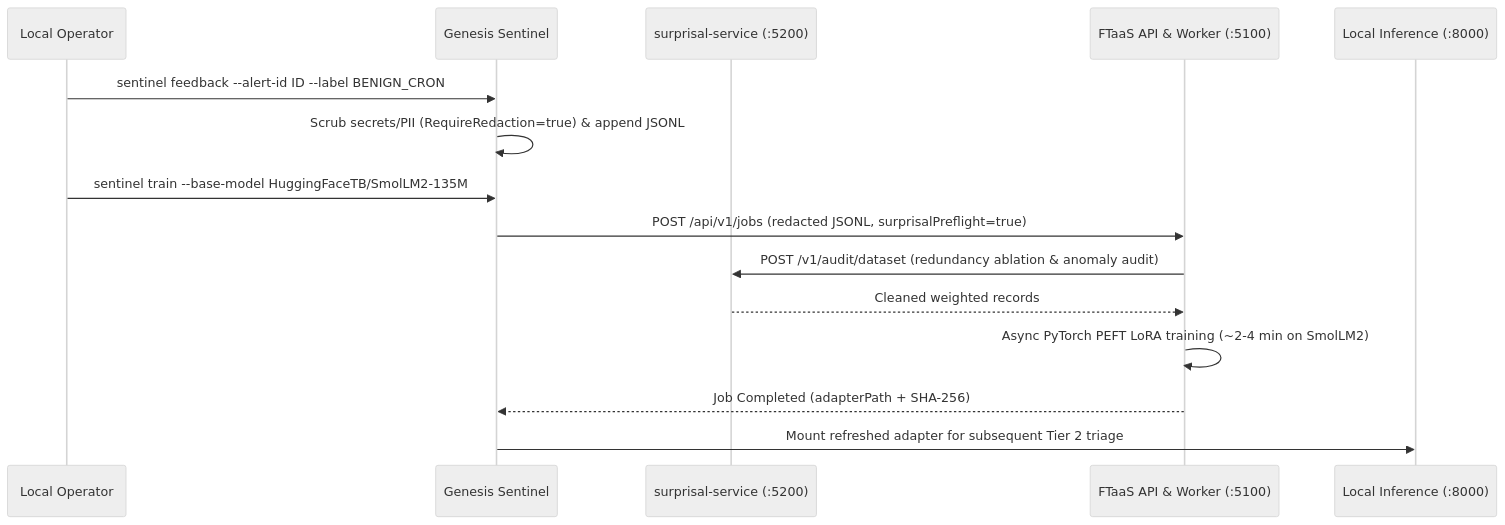
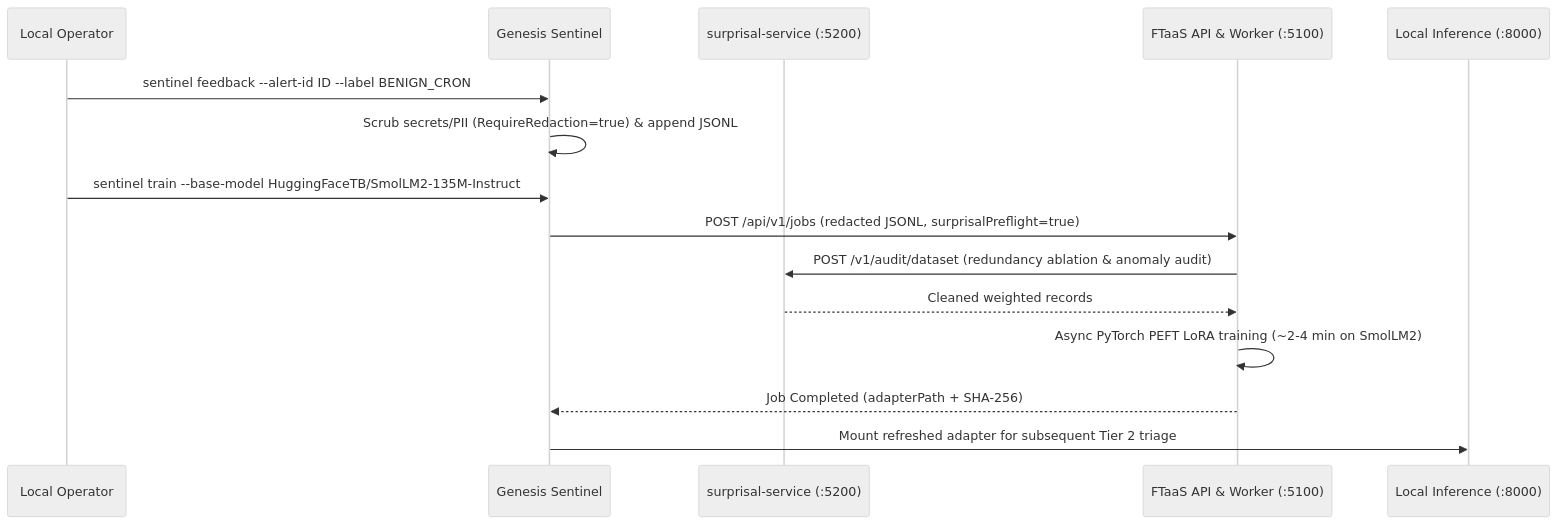
The second of 2 diagrams in docs/ARCHITECTURE.md (knowthankyew/genesis-sentinel), drawn with Mermaid (neutral theme) before and after one commit. The commit also changed other lines of this file and 11 other files, not shown here.

Commit message:
docs: lock in SmolLM2-Instruct, in-process surprisal, and transparent Pillar 1 disk variance

````diff
--- a/docs/ARCHITECTURE.md
+++ b/docs/ARCHITECTURE.md
@@ -74,18 +74,18 @@
 ```mermaid
 sequenceDiagram
     participant Op as Local Operator
     participant Sent as Genesis Sentinel
     participant Surp as surprisal-service (:5200)
     participant FTaaS as FTaaS API & Worker (:5100)
     participant Inf as Local Inference (:8000)
 
     Op->>Sent: sentinel feedback --alert-id ID --label BENIGN_CRON
     Sent->>Sent: Scrub secrets/PII (RequireRedaction=true) & append JSONL
-    Op->>Sent: sentinel train --base-model HuggingFaceTB/SmolLM2-135M
+    Op->>Sent: sentinel train --base-model HuggingFaceTB/SmolLM2-135M-Instruct
     Sent->>FTaaS: POST /api/v1/jobs (redacted JSONL, surprisalPreflight=true)
     FTaaS->>Surp: POST /v1/audit/dataset (redundancy ablation & anomaly audit)
     Surp-->>FTaaS: Cleaned weighted records
     FTaaS->>FTaaS: Async PyTorch PEFT LoRA training (~2-4 min on SmolLM2)
     FTaaS-->>Sent: Job Completed (adapterPath + SHA-256)
     Sent->>Inf: Mount refreshed adapter for subsequent Tier 2 triage
 ```
````
